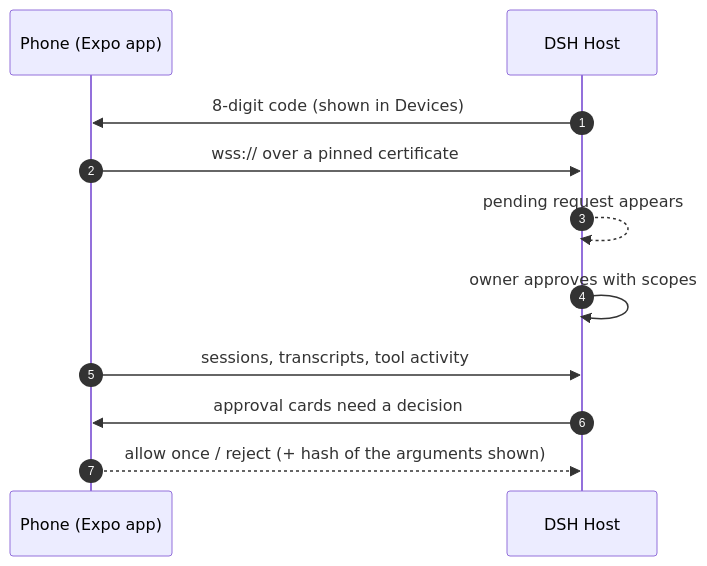
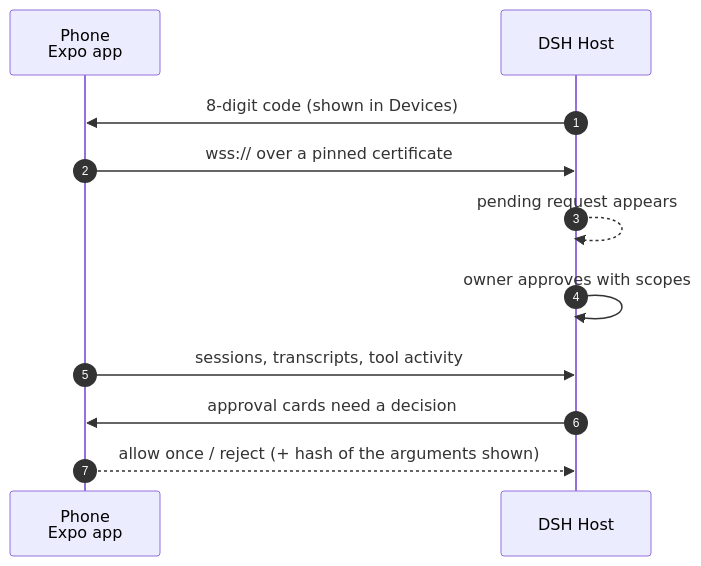
The third of 5 diagrams in README.md (nesteacold/dsh-remote), drawn with Mermaid before and after one commit. The commit also changed other lines of this file and 1 other file, not shown here.

First line of the commit message:
docs: keep mermaid participant labels free of parentheses

````diff
--- a/README.md
+++ b/README.md
@@ -142,14 +142,14 @@
 ```mermaid
 sequenceDiagram
     autonumber
-    participant Phone as Phone (Expo app)
+    participant Phone as Phone<br/>Expo app
     participant Host as DSH Host
 
     Host->>Phone: 8-digit code (shown in Devices)
     Phone->>Host: wss:// over a pinned certificate
     Host-->>Host: pending request appears
     Host->>Host: owner approves with scopes
     Phone->>Host: sessions, transcripts, tool activity
     Host->>Phone: approval cards need a decision
     Phone-->>Host: allow once / reject (+ hash of the arguments shown)
 ```
````
